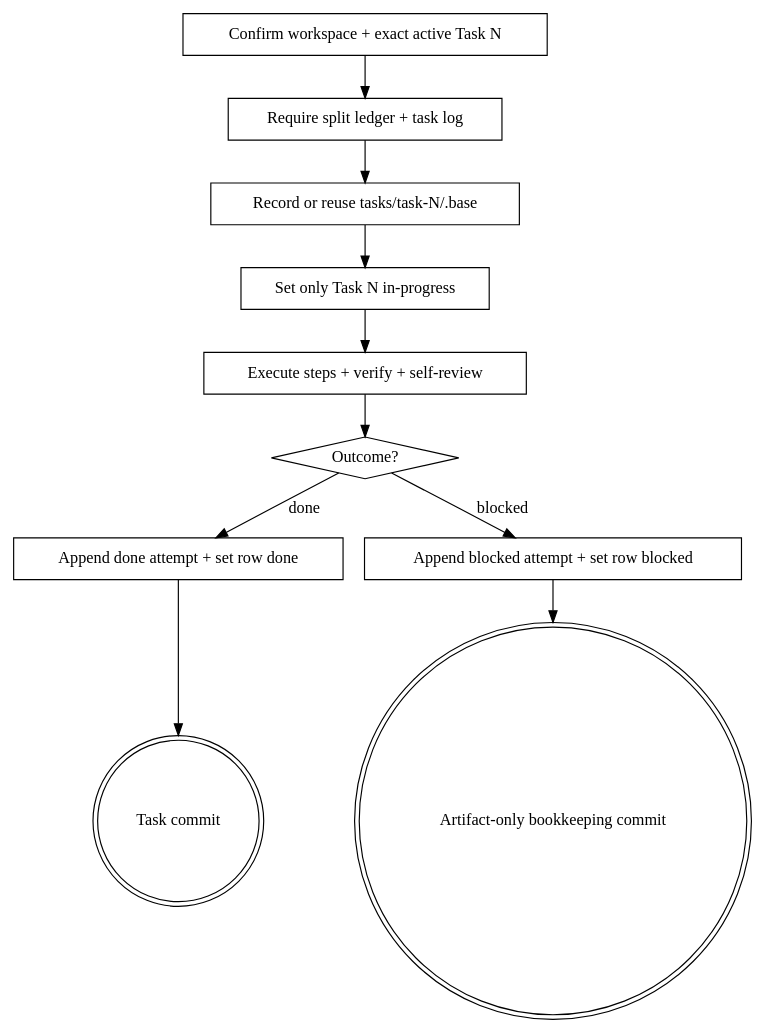
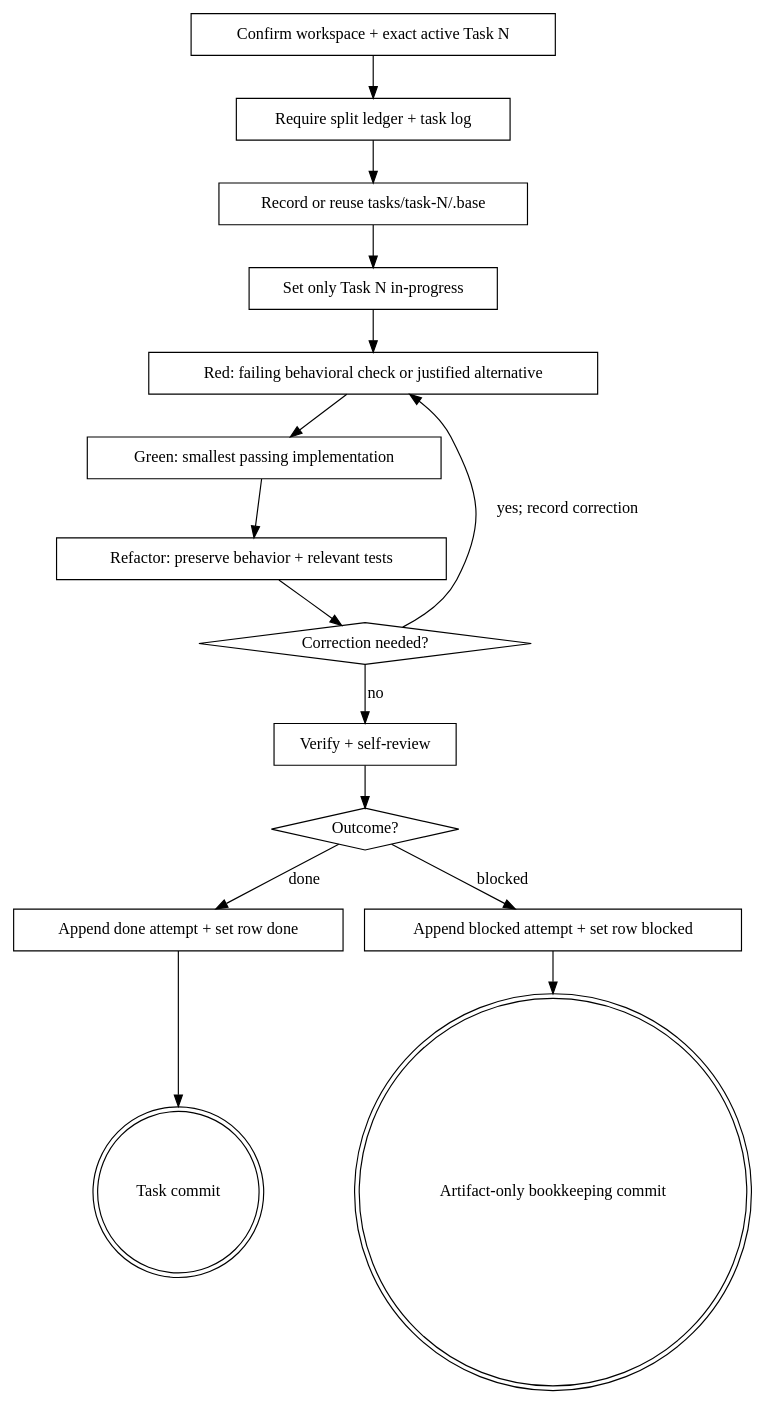
The diagram in skills/hamilton-code/SKILL.md (caiorcferreira/hamilton), drawn with Graphviz before and after one commit. The commit also changed other lines of this file and 45 other files, not shown here.

````diff
--- a/skills/hamilton-code/SKILL.md
+++ b/skills/hamilton-code/SKILL.md
@@ -216,24 +257,33 @@
 ```dot
 digraph hamilton_code {
     "Confirm workspace + exact active Task N" [shape=box];
     "Require split ledger + task log" [shape=box];
     "Record or reuse tasks/task-N/.base" [shape=box];
     "Set only Task N in-progress" [shape=box];
-    "Execute steps + verify + self-review" [shape=box];
+    "Red: failing behavioral check or justified alternative" [shape=box];
+    "Green: smallest passing implementation" [shape=box];
+    "Refactor: preserve behavior + relevant tests" [shape=box];
+    "Correction needed?" [shape=diamond];
+    "Verify + self-review" [shape=box];
     "Outcome?" [shape=diamond];
     "Append done attempt + set row done" [shape=box];
     "Append blocked attempt + set row blocked" [shape=box];
     "Task commit" [shape=doublecircle];
     "Artifact-only bookkeeping commit" [shape=doublecircle];
 
     "Confirm workspace + exact active Task N" -> "Require split ledger + task log";
     "Require split ledger + task log" -> "Record or reuse tasks/task-N/.base";
     "Record or reuse tasks/task-N/.base" -> "Set only Task N in-progress";
-    "Set only Task N in-progress" -> "Execute steps + verify + self-review";
-    "Execute steps + verify + self-review" -> "Outcome?";
+    "Set only Task N in-progress" -> "Red: failing behavioral check or justified alternative";
+    "Red: failing behavioral check or justified alternative" -> "Green: smallest passing implementation";
+    "Green: smallest passing implementation" -> "Refactor: preserve behavior + relevant tests";
+    "Refactor: preserve behavior + relevant tests" -> "Correction needed?";
+    "Correction needed?" -> "Red: failing behavioral check or justified alternative" [label="yes; record correction"];
+    "Correction needed?" -> "Verify + self-review" [label="no"];
+    "Verify + self-review" -> "Outcome?";
     "Outcome?" -> "Append done attempt + set row done" [label="done"];
     "Outcome?" -> "Append blocked attempt + set row blocked" [label="blocked"];
     "Append done attempt + set row done" -> "Task commit";
     "Append blocked attempt + set row blocked" -> "Artifact-only bookkeeping commit";
 }
 ```
````
